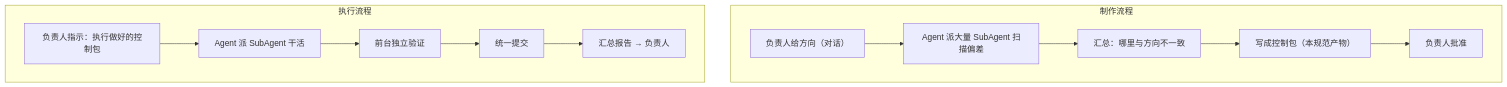
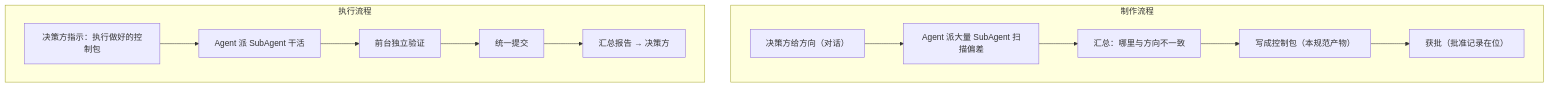
The first of 4 diagrams in CONTROL_PACK_SPEC.md (fujiaze/Astro-CS-Database), drawn with Mermaid before and after one commit. The commit also changed other lines of this file and 14 other files, not shown here.

````diff
--- a/CONTROL_PACK_SPEC.md
+++ b/CONTROL_PACK_SPEC.md
@@ -9,15 +11,15 @@
 ```mermaid
 flowchart TD
     subgraph 制作流程
-        O1["负责人给方向（对话）"] --> A1["Agent 派大量 SubAgent 扫描偏差"]
+        O1["决策方给方向（对话）"] --> A1["Agent 派大量 SubAgent 扫描偏差"]
         A1 --> A2["汇总：哪里与方向不一致"]
         A2 --> A3["写成控制包（本规范产物）"]
-        A3 --> A4["负责人批准"]
+        A3 --> A4["获批（批准记录在位）"]
     end
     subgraph 执行流程
-        E1["负责人指示：执行做好的控制包"] --> E2["Agent 派 SubAgent 干活"]
+        E1["决策方指示：执行做好的控制包"] --> E2["Agent 派 SubAgent 干活"]
         E2 --> E3["前台独立验证"]
         E3 --> E4["统一提交"]
-        E4 --> E5["汇总报告 → 负责人"]
+        E4 --> E5["汇总报告 → 决策方"]
     end
 ```
````
